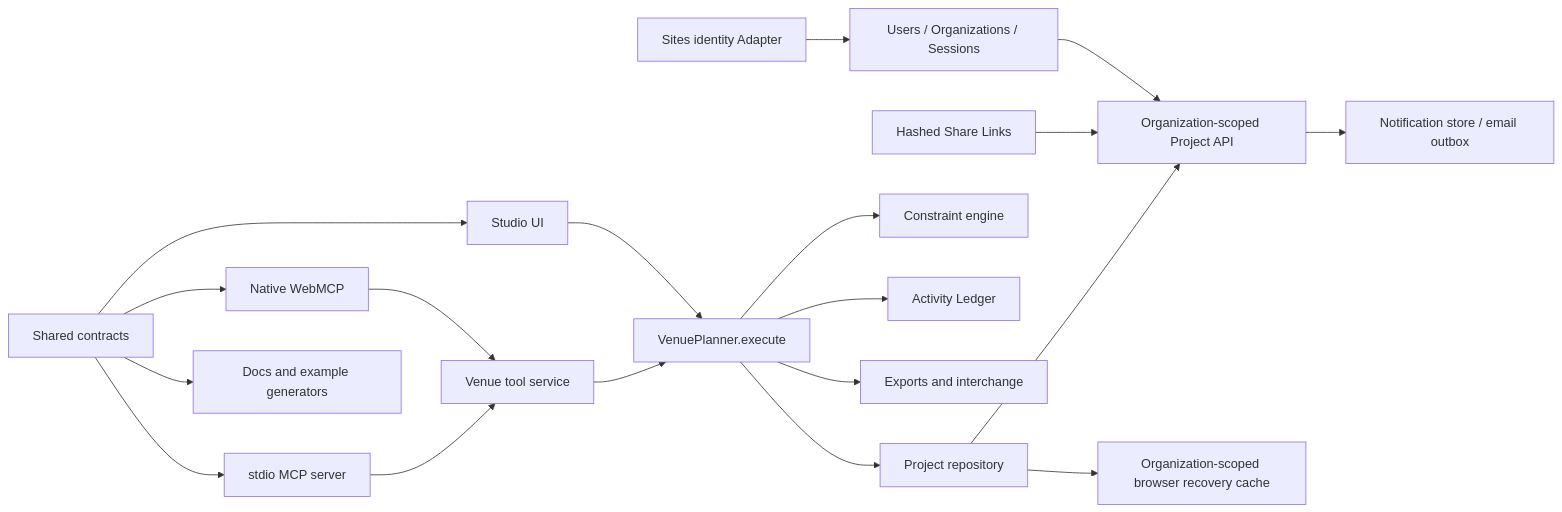
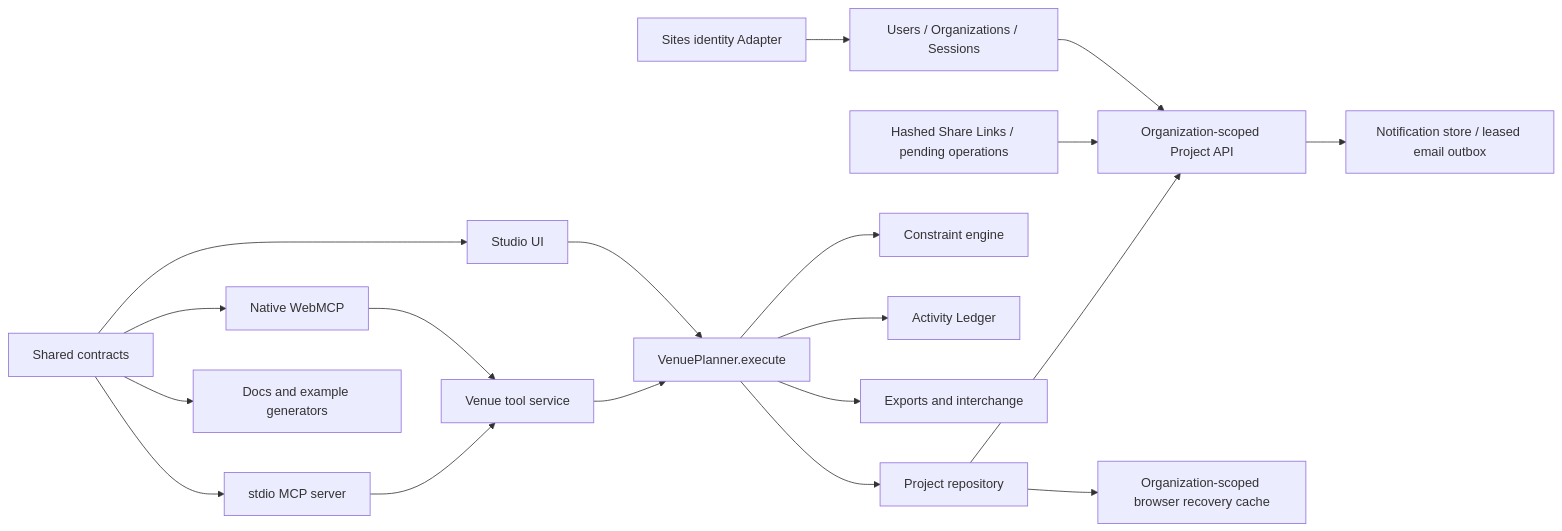
One commit to Seyamalam/venue-mind changed the first of 2 diagrams in public/guides/architecture.md. Above: the diagram before and after it, drawn with Mermaid. The commit also changed other lines of this file and 32 other files, not shown here.

````diff
--- a/public/guides/architecture.md
+++ b/public/guides/architecture.md
@@ -7,21 +7,21 @@
 ```mermaid
 flowchart LR
   IDP[Sites identity Adapter] --> ACCOUNTS[Users / Organizations / Sessions]
   ACCOUNTS --> API[Organization-scoped Project API]
-  SHARE[Hashed Share Links] --> API
-  API --> NOTIFY[Notification store / email outbox]
+  SHARE[Hashed Share Links / pending operations] --> API
+  API --> NOTIFY[Notification store / leased email outbox]
   UI[Studio UI] --> BUS[VenuePlanner.execute]
   WEB[Native WebMCP] --> SERVICE[Venue tool service]
   MCP[stdio MCP server] --> SERVICE
   SERVICE --> BUS
   CONTRACTS[Shared contracts] --> UI
   CONTRACTS --> WEB
   CONTRACTS --> MCP
   CONTRACTS --> DOCGEN[Docs and example generators]
   BUS --> VALIDATE[Constraint engine]
   BUS --> LEDGER[Activity Ledger]
   BUS --> EXPORTS[Exports and interchange]
   BUS --> PROJECTS[Project repository]
   PROJECTS --> API
   PROJECTS --> LOCAL[Organization-scoped browser recovery cache]
 ```
````
